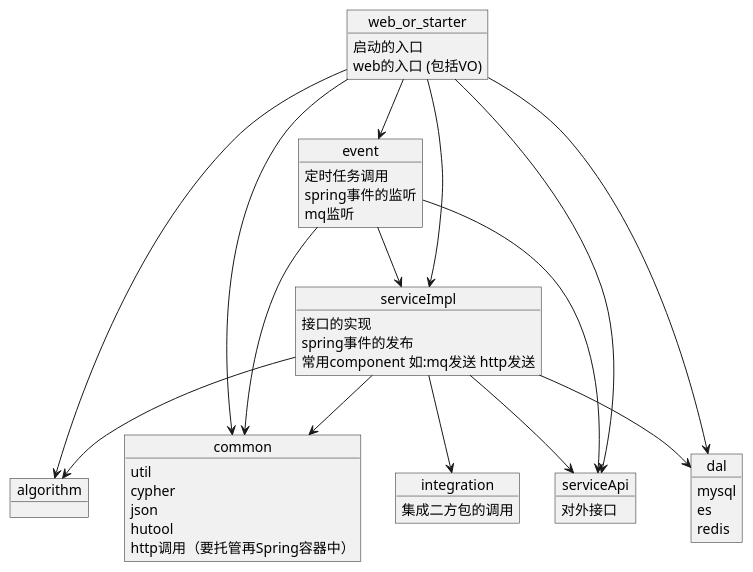
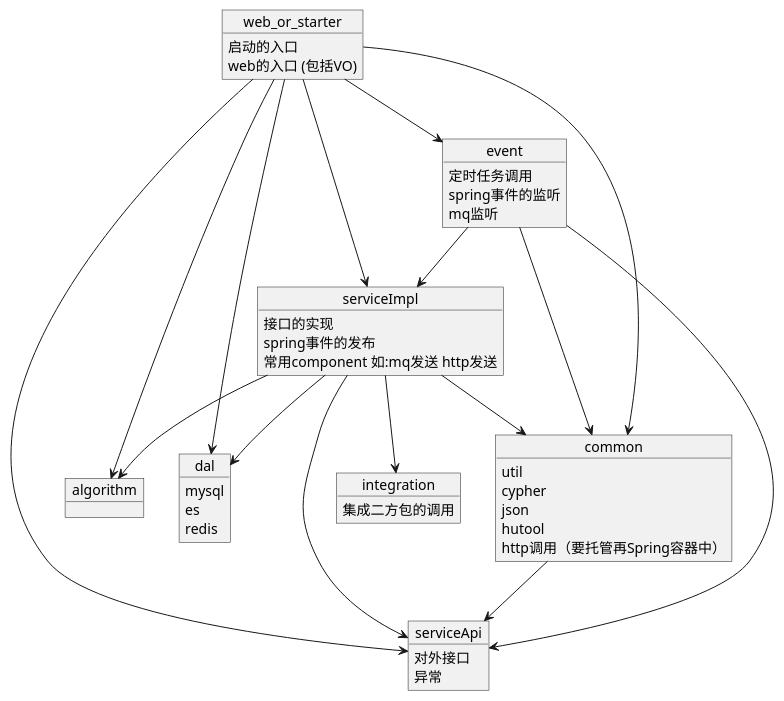
One commit to deipss/java-edu changed the diagram in uml/maven.puml. Above: the diagram before and after it, drawn with PlantUML. The commit also changed 7 other files, not shown here.

```diff
--- a/uml/maven.puml
+++ b/uml/maven.puml
@@ -1,55 +1,58 @@
 @startuml
 object algorithm
 object integration{
     集成二方包的调用
 }
 object common{
 util
 cypher
 json
 hutool
 http调用（要托管再Spring容器中）
 }
 object event{
 定时任务调用
 
 spring事件的监听
 mq监听
 }
 object serviceApi{
 对外接口
+异常
 }
 object serviceImpl{
 接口的实现
 spring事件的发布
 常用component 如:mq发送 http发送
 }
 object dal{
 mysql
 es
 redis
 }
 object web_or_starter{
 启动的入口
 web的入口 (包括VO)
 }
 
 web_or_starter --> dal
 web_or_starter --> serviceApi
 web_or_starter --> serviceImpl
 web_or_starter --> event
 web_or_starter --> common
 web_or_starter --> algorithm
 
 serviceImpl --> serviceApi
 serviceImpl --> dal
 serviceImpl --> common
 serviceImpl --> algorithm
 serviceImpl --> integration
 
 event --> serviceApi
 event --> serviceImpl
 event --> common
 
 
+common --> serviceApi
+
 @enduml
```
